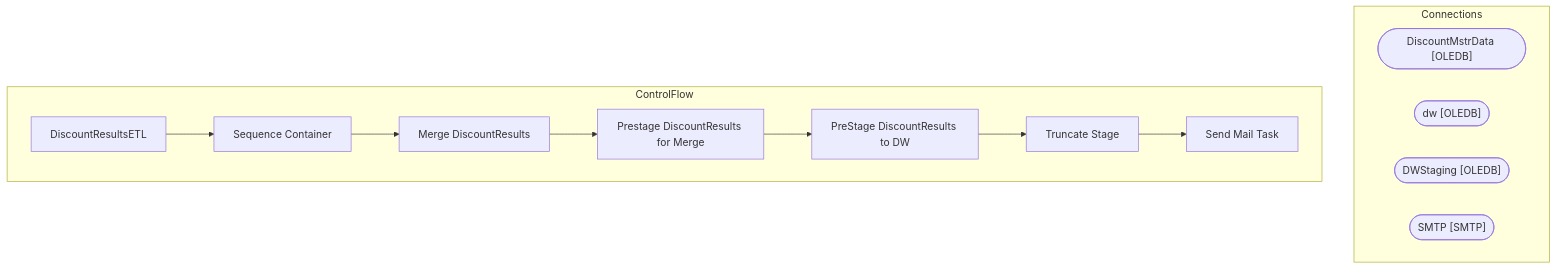
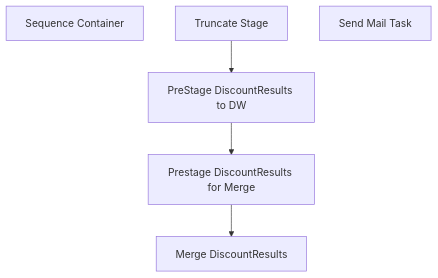
Before and after one commit to juanandresbrain/BABSkills: the diagram in bab-docs-explorer/Documentation/STL-SSIS-P-01/SSIS/DW/DiscountResultsETL.DiscountResultsETL.md, drawn with Mermaid. The commit also changed other lines of this file and 273 other files, not shown here.

````diff
--- a/bab-docs-explorer/Documentation/STL-SSIS-P-01/SSIS/DW/DiscountResultsETL.DiscountResultsETL.md
+++ b/bab-docs-explorer/Documentation/STL-SSIS-P-01/SSIS/DW/DiscountResultsETL.DiscountResultsETL.md
@@ -9,24 +41,12 @@
 ```mermaid
 flowchart TD
-    subgraph Connections
-        DiscountMstrData_conn(["DiscountMstrData [OLEDB]"])
-        dw_conn(["dw [OLEDB]"])
-        DWStaging_conn(["DWStaging [OLEDB]"])
-        SMTP_conn(["SMTP [SMTP]"])
-    end
-    subgraph ControlFlow
-        DiscountResultsETL_task["DiscountResultsETL"]
-        Sequence_Container_task["Sequence Container"]
-        DiscountResultsETL_task --> Sequence_Container_task
-        Merge_DiscountResults_task["Merge DiscountResults"]
-        Sequence_Container_task --> Merge_DiscountResults_task
-        Prestage_DiscountResults_for_Merge_task["Prestage DiscountResults for Merge"]
-        Merge_DiscountResults_task --> Prestage_DiscountResults_for_Merge_task
-        PreStage_DiscountResults_to_DW_task["PreStage DiscountResults to DW"]
-        Prestage_DiscountResults_for_Merge_task --> PreStage_DiscountResults_to_DW_task
-        Truncate_Stage_task["Truncate Stage"]
-        PreStage_DiscountResults_to_DW_task --> Truncate_Stage_task
-        Send_Mail_Task_task["Send Mail Task"]
-        Truncate_Stage_task --> Send_Mail_Task_task
-    end
+    n_Package_Sequence_Container["Sequence Container"]
+    n_Package_Sequence_Container_Merge_DiscountResults["Merge DiscountResults"]
+    n_Package_Sequence_Container_Prestage_DiscountResults_for_Merge["Prestage DiscountResults for Merge"]
+    n_Package_Sequence_Container_PreStage_DiscountResults_to_DW["PreStage DiscountResults to DW"]
+    n_Package_Sequence_Container_Truncate_Stage["Truncate Stage"]
+    n_Package_EventHandlers_OnError__Send_Mail_Task["Send Mail Task"]
+    n_Package_Sequence_Container_Truncate_Stage --> n_Package_Sequence_Container_PreStage_DiscountResults_to_DW
+    n_Package_Sequence_Container_PreStage_DiscountResults_to_DW --> n_Package_Sequence_Container_Prestage_DiscountResults_for_Merge
+    n_Package_Sequence_Container_Prestage_DiscountResults_for_Merge --> n_Package_Sequence_Container_Merge_DiscountResults
 ```
````
